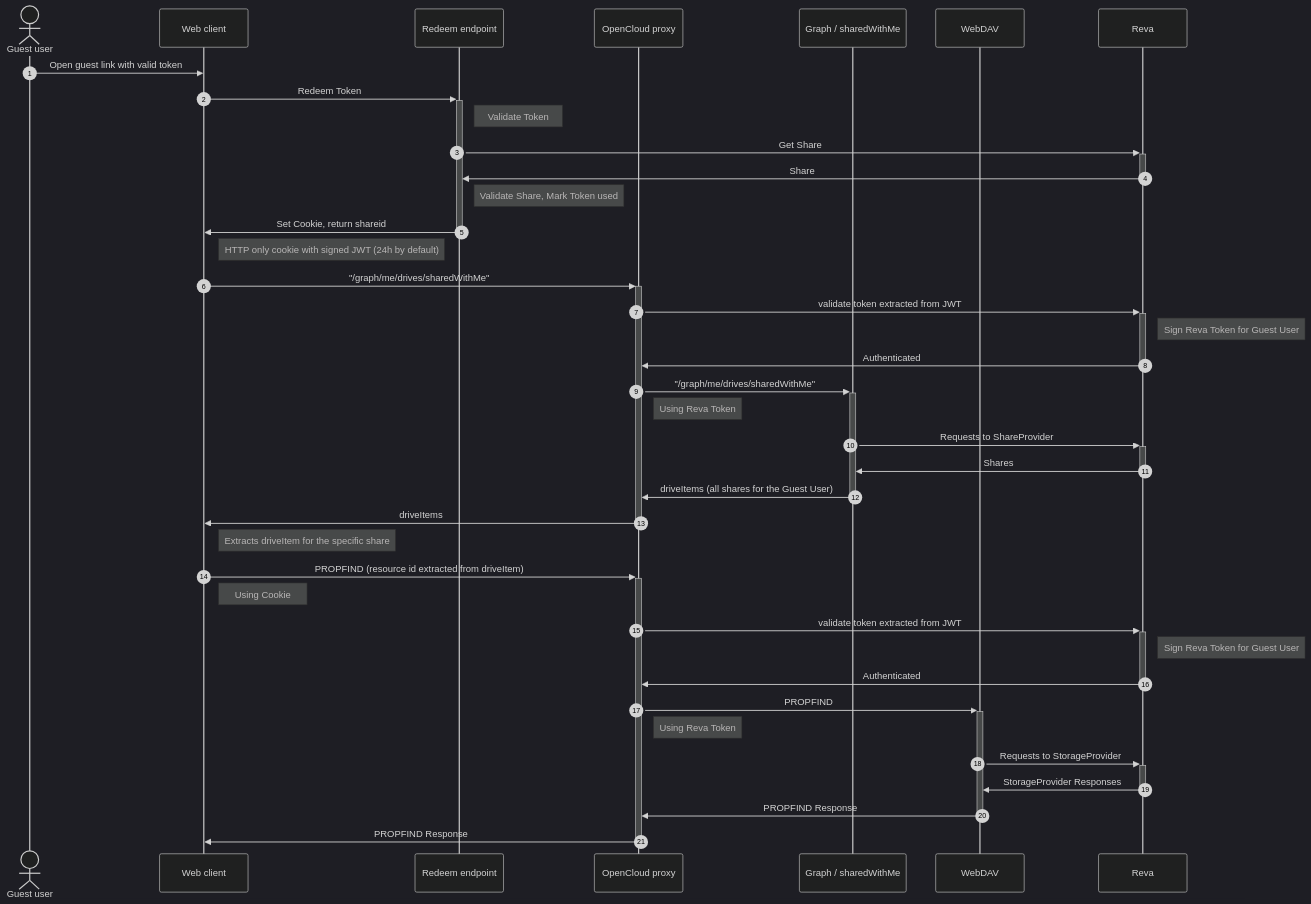
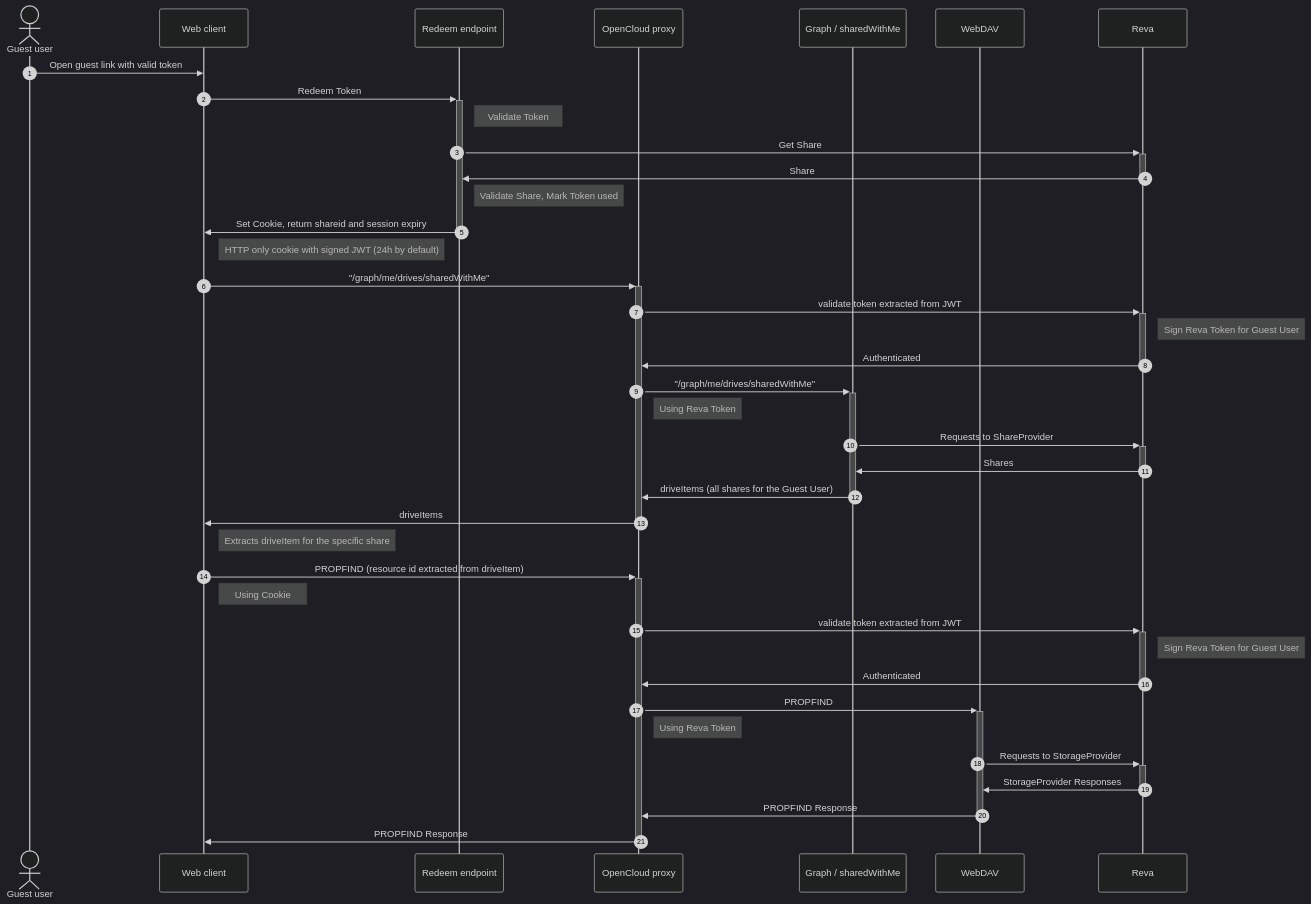
The first of 2 diagrams in services/auth-guest/README.md (rhafer/opencloud), drawn with Mermaid (dark theme) before and after one commit. The commit also changed other lines of this file and 8 other files, not shown here.

Commit message:
Return ExpiresAt when issueing a session token

````diff
--- a/services/auth-guest/README.md
+++ b/services/auth-guest/README.md
@@ -31,42 +31,42 @@
 ```mermaid
 sequenceDiagram
     autonumber
     actor User as Guest user
     participant Web as Web client
     participant Redeem as Redeem endpoint
     participant Proxy as OpenCloud proxy
     participant Graph as Graph / sharedWithMe
     participant DAV as WebDAV
     participant Reva as Reva
 
     User->>Web: Open guest link with valid token
     Web->>+Redeem: Redeem Token
     Note right of Redeem: Validate Token
     Redeem->>+Reva: Get Share
     Reva->>-Redeem: Share
     Note right of Redeem: Validate Share, Mark Token used
-    Redeem->>-Web: Set Cookie, return shareid
+    Redeem->>-Web: Set Cookie, return shareid and session expiry
     Note right of Web: HTTP only cookie with signed JWT (24h by default)
     Web->>+Proxy: "/graph/me/drives/sharedWithMe"
     Proxy->>+Reva: validate token extracted from JWT
     Note right of Reva: Sign Reva Token for Guest User
     Reva->>-Proxy: Authenticated
     Proxy->>+Graph: "/graph/me/drives/sharedWithMe"
     Note right of Proxy: Using Reva Token
     Graph->>+Reva: Requests to ShareProvider
     Reva->>-Graph: Shares
     Graph->>-Proxy: driveItems (all shares for the Guest User)
     Proxy->>-Web: driveItems
     Note right of Web: Extracts driveItem for the specific share
     Web->>+Proxy: PROPFIND (resource id extracted from driveItem)
     Note right of Web: Using Cookie
     Proxy->>+Reva: validate token extracted from JWT
     Note right of Reva: Sign Reva Token for Guest User
     Reva->>-Proxy: Authenticated
     Proxy->>+DAV: PROPFIND
     Note right of Proxy: Using Reva Token
     DAV->>+Reva: Requests to StorageProvider
     Reva->>-DAV: StorageProvider Responses
     DAV->>-Proxy: PROPFIND Response
     Proxy->>-Web: PROPFIND Response
 ```
````
